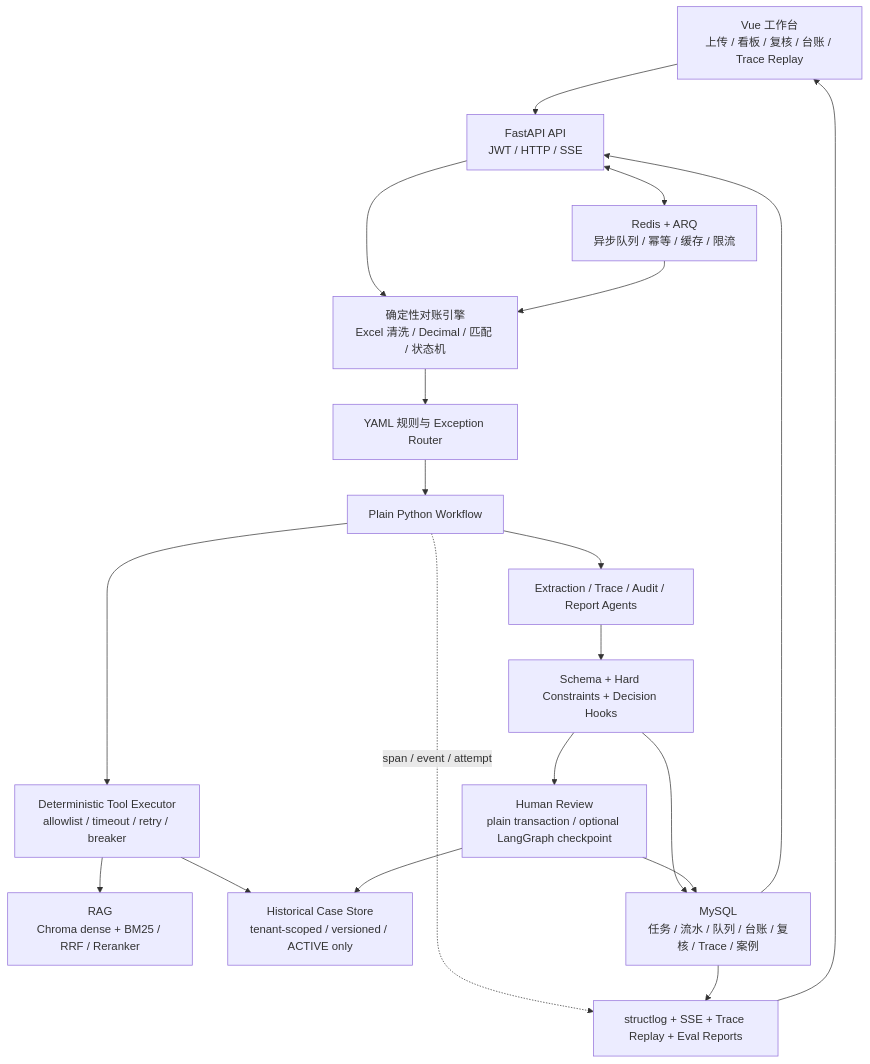
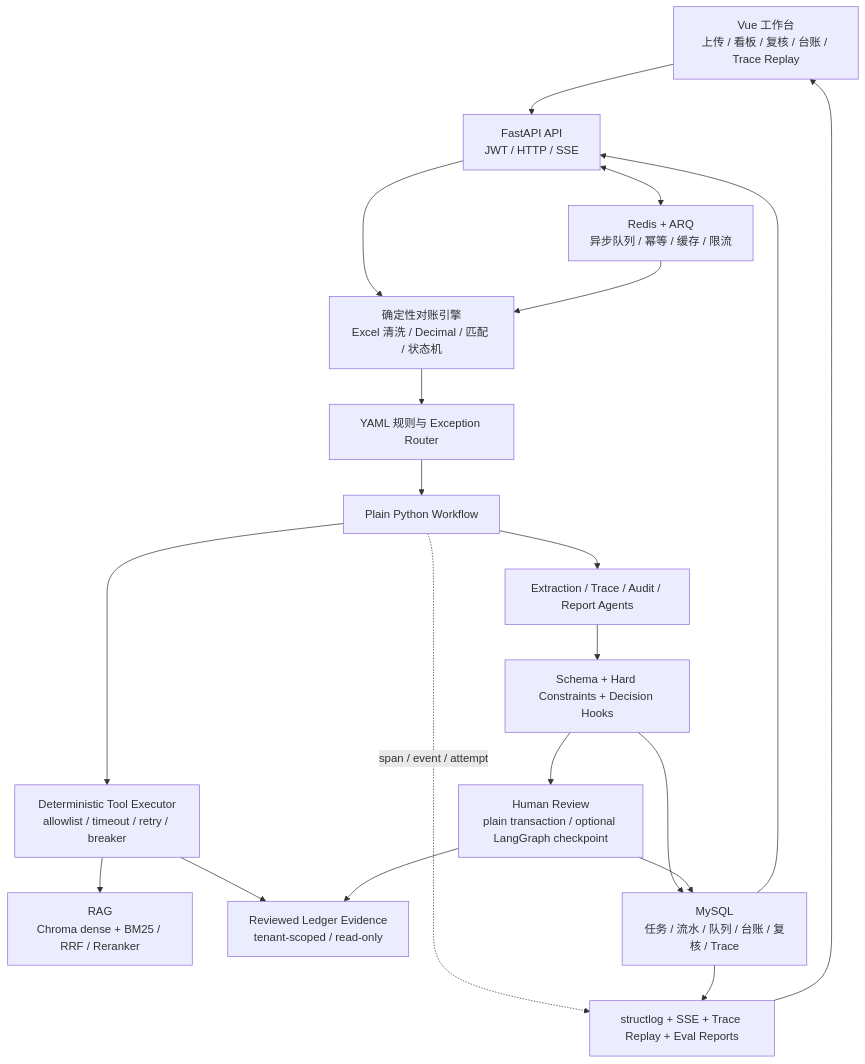
One commit to yunshenbuzhichuqvq-arch/bank-reconciliation-agent changed the diagram in README.md. Above: the diagram before and after it, drawn with Mermaid. The commit also changed other lines of this file and 17 other files, not shown here.

Commit message:
refactor: reorganize reconciliation architecture

````diff
--- a/README.md
+++ b/README.md
@@ -33,34 +35,34 @@
 ```mermaid
 flowchart TB
     UI["Vue 工作台<br/>上传 / 看板 / 复核 / 台账 / Trace Replay"]
     API["FastAPI API<br/>JWT / HTTP / SSE"]
     REDIS["Redis + ARQ<br/>异步队列 / 幂等 / 缓存 / 限流"]
     ENGINE["确定性对账引擎<br/>Excel 清洗 / Decimal / 匹配 / 状态机"]
     RULES["YAML 规则与 Exception Router"]
     FLOW["Plain Python Workflow"]
     TOOLS["Deterministic Tool Executor<br/>allowlist / timeout / retry / breaker"]
     RAG["RAG<br/>Chroma dense + BM25 / RRF / Reranker"]
-    CASES["Historical Case Store<br/>tenant-scoped / versioned / ACTIVE only"]
+    CASES["Reviewed Ledger Evidence<br/>tenant-scoped / read-only"]
     AGENTS["Extraction / Trace / Audit / Report Agents"]
     GUARDS["Schema + Hard Constraints + Decision Hooks"]
     REVIEW["Human Review<br/>plain transaction / optional LangGraph checkpoint"]
-    MYSQL["MySQL<br/>任务 / 流水 / 队列 / 台账 / 复核 / Trace / 案例"]
+    MYSQL["MySQL<br/>任务 / 流水 / 队列 / 台账 / 复核 / Trace"]
     OBS["structlog + SSE + Trace Replay + Eval Reports"]
 
     UI --> API
     API --> ENGINE
     API <--> REDIS
     REDIS --> ENGINE
     ENGINE --> RULES --> FLOW
     FLOW --> TOOLS
     TOOLS --> RAG
     TOOLS --> CASES
     FLOW --> AGENTS --> GUARDS
     GUARDS --> MYSQL
     GUARDS --> REVIEW --> MYSQL
     REVIEW --> CASES
     MYSQL --> API
     FLOW -. "span / event / attempt" .-> OBS
     MYSQL --> OBS
     OBS --> UI
 ```
````
